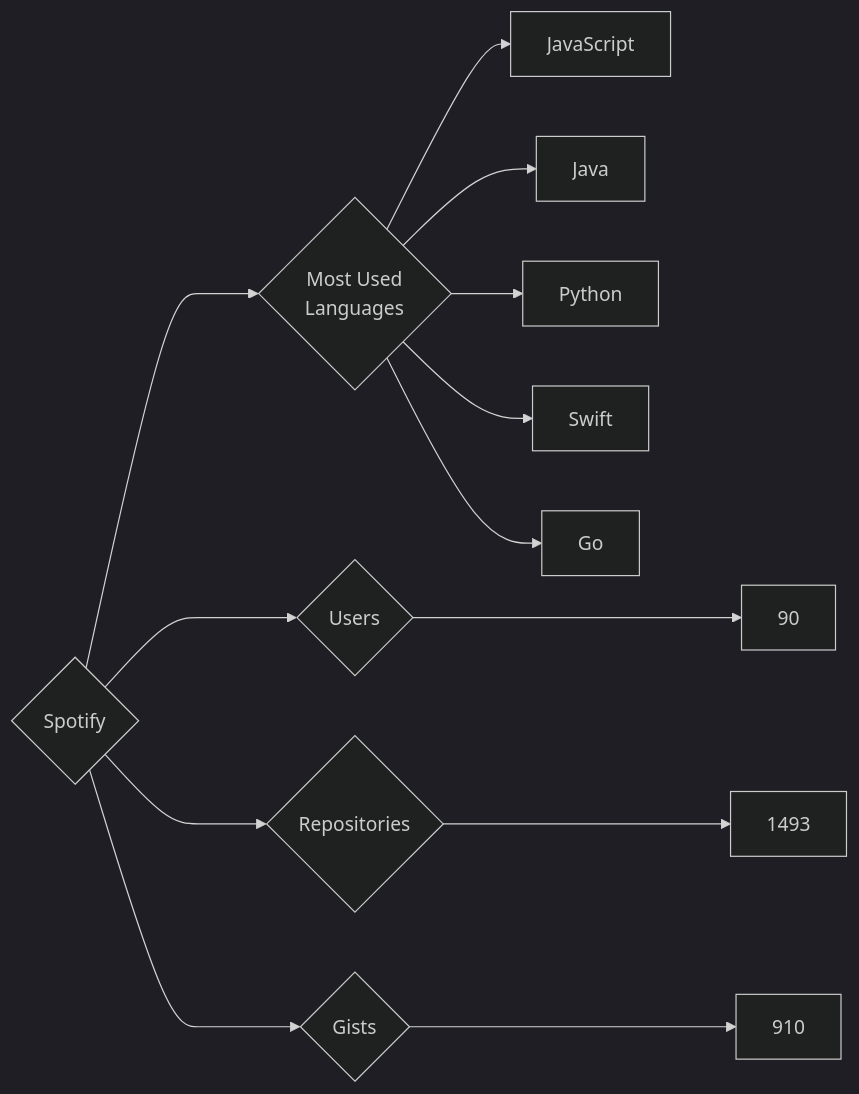
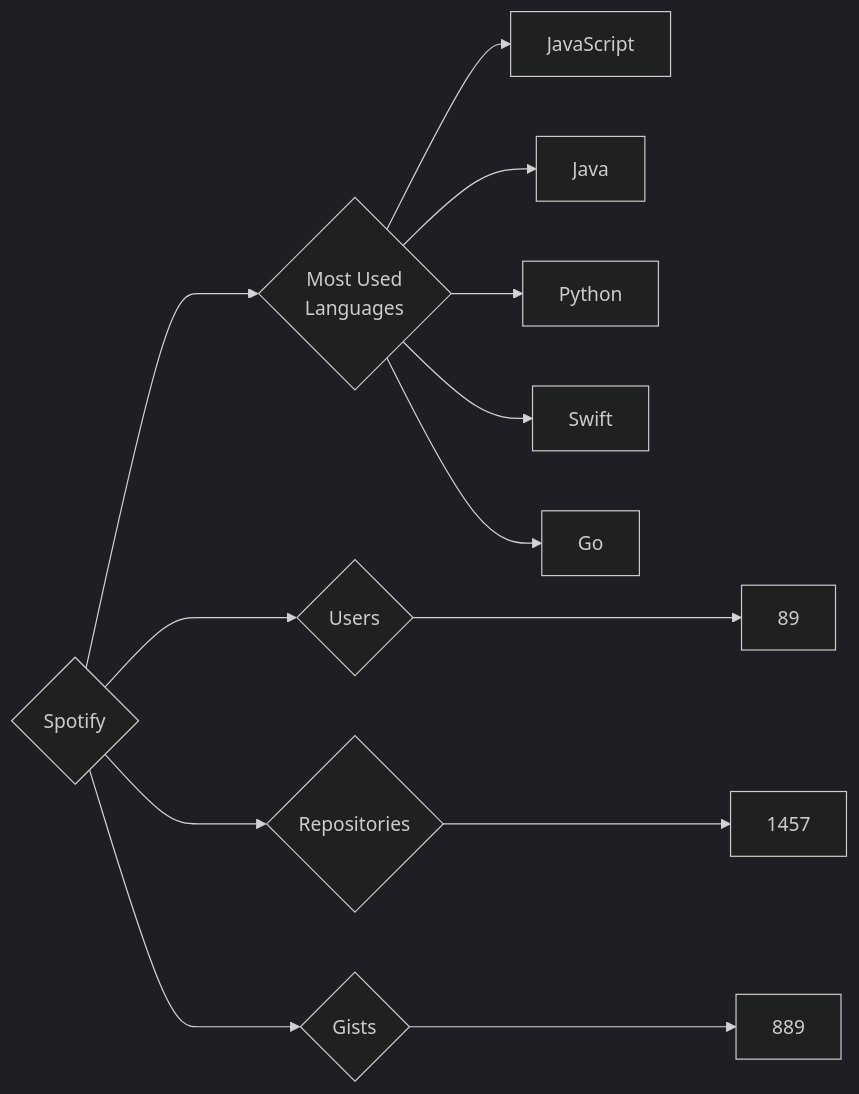
The diagram in targets/Spotify/README.md (trickest/insiders), drawn with Mermaid (dark theme) before and after one commit. The commit also changed 940 other files, not shown here.

````diff
--- a/targets/Spotify/README.md
+++ b/targets/Spotify/README.md
@@ -3,13 +3,13 @@
 ```mermaid
 graph LR
 COMPANY_NAME{Spotify}
-COMPANY_NAME ---> U{Users} ---> UN[90]
-COMPANY_NAME ---> R{Repositories} ---> RN[1493]
-COMPANY_NAME ---> G{Gists} ---> GN[910]
+COMPANY_NAME ---> U{Users} ---> UN[89]
+COMPANY_NAME ---> R{Repositories} ---> RN[1457]
+COMPANY_NAME ---> G{Gists} ---> GN[889]
 COMPANY_NAME ---> ML{Most Used<br>Languages}
 ML --> JavaScript[JavaScript]
 ML --> Java[Java]
 ML --> Python[Python]
 ML --> Swift[Swift]
 ML --> Go[Go]
 ```
````
